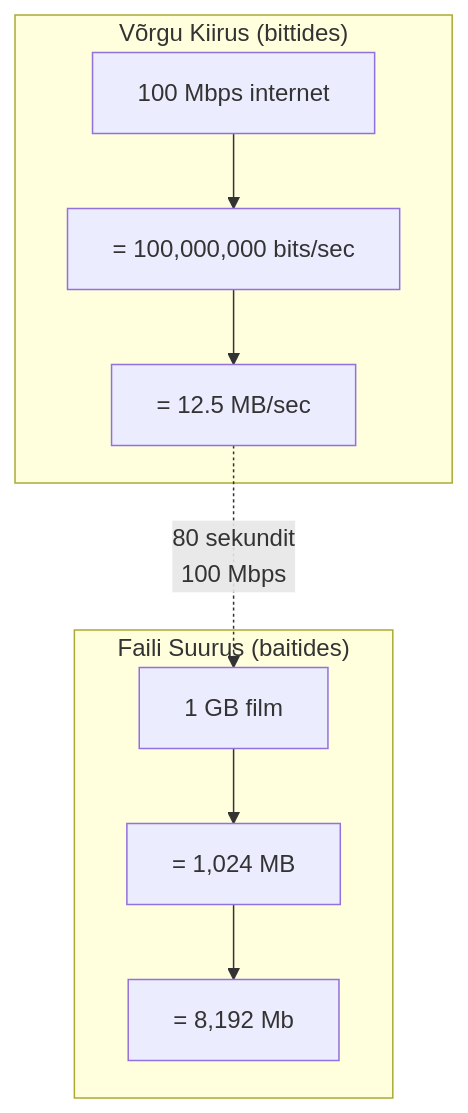
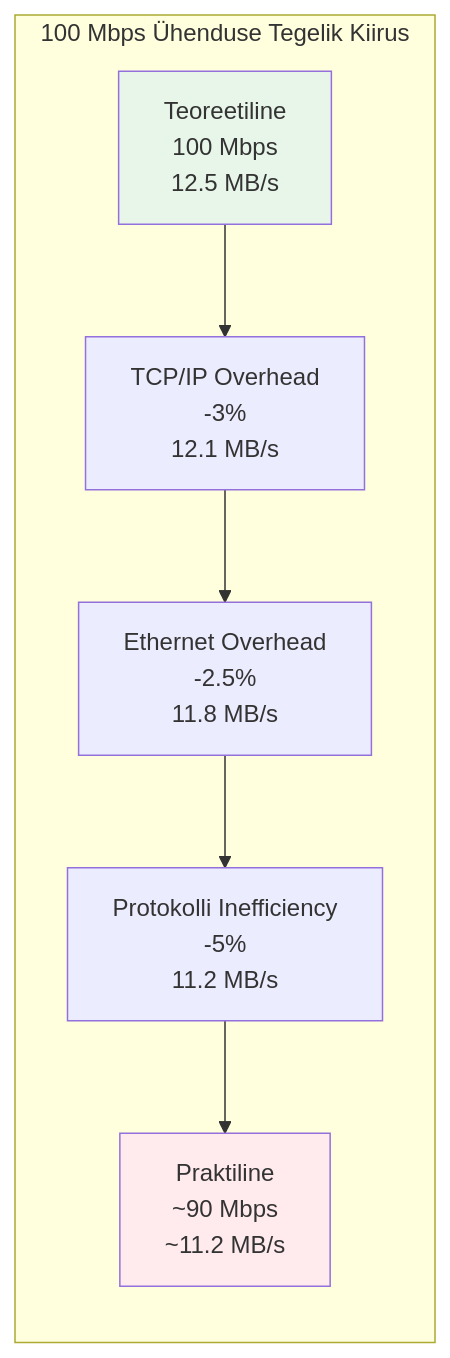
Diagram 12 of 13 in Lecture/loeng2.md (mtalvik/av_alused), drawn with Mermaid before and after one commit. The commit also changed other lines of this file, not shown here.

````diff
--- a/Lecture/loeng2.md
+++ b/Lecture/loeng2.md
@@ -589,19 +367,15 @@
 ```mermaid
-graph TB
-    subgraph "Võrgu Kiirus (bittides)"
-        A[100 Mbps internet]
-        B[= 100,000,000 bits/sec]
-        C[= 12.5 MB/sec]
+graph LR
+    subgraph "100 Mbps Ühenduse Tegelik Kiirus"
+        A[Teoreetiline<br/>100 Mbps<br/>12.5 MB/s]
+        B[TCP/IP Overhead<br/>-3%<br/>12.1 MB/s]
+        C[Ethernet Overhead<br/>-2.5%<br/>11.8 MB/s]
+        D[Protokolli Inefficiency<br/>-5%<br/>11.2 MB/s]
+        E[Praktiline<br/>~90 Mbps<br/>~11.2 MB/s]
     end
     
-    subgraph "Faili Suurus (baitides)"
-        D[1 GB film]
-        E[= 1,024 MB]
-        F[= 8,192 Mb]
-    end
+    A --> B --> C --> D --> E
     
-    A --> B --> C
-    D --> E --> F
-    
-    C -.->|"80 sekundit<br/>100 Mbps"| D
+    style A fill:#e8f5e9
+    style E fill:#ffebee
 ```
````
